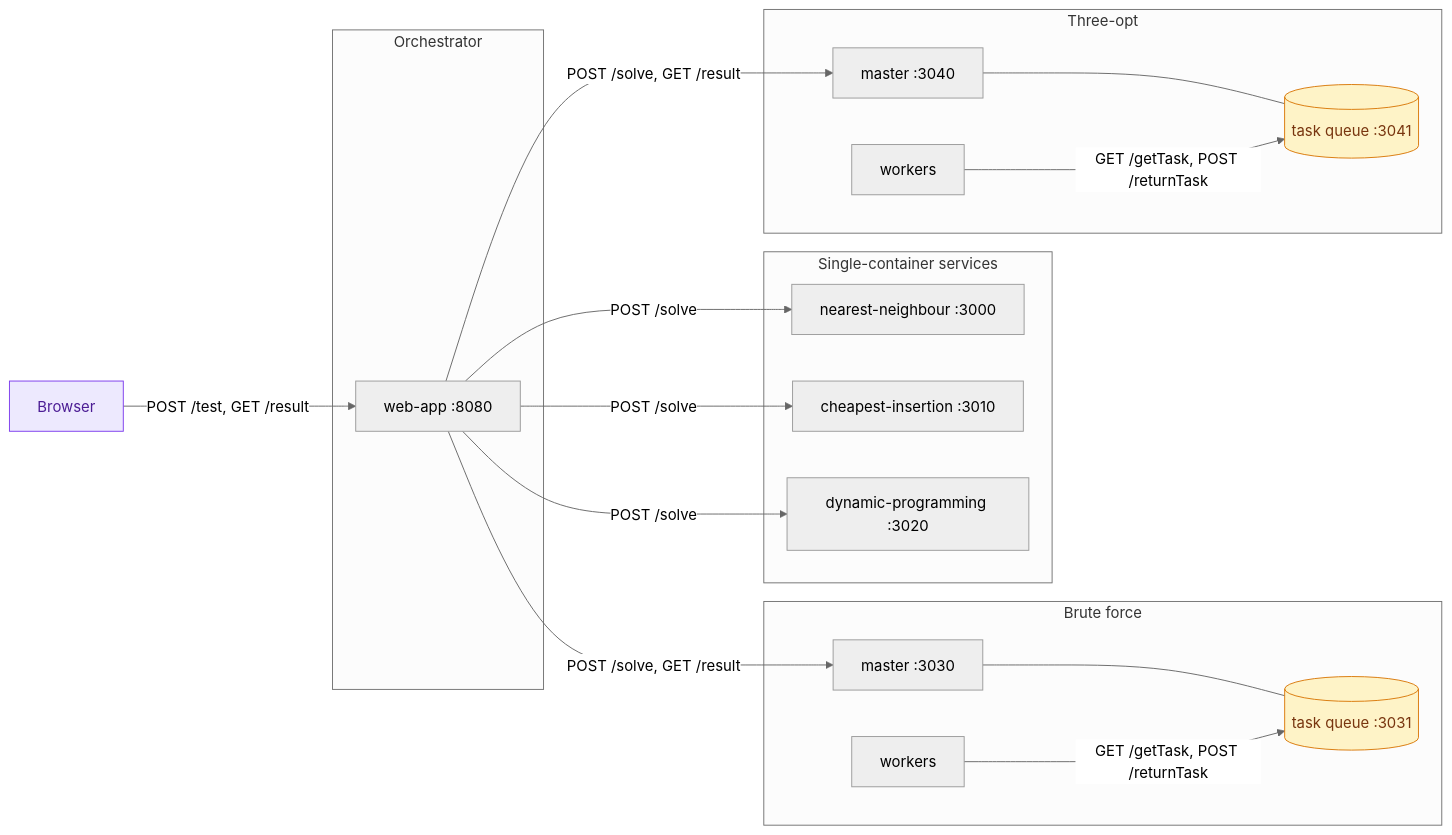
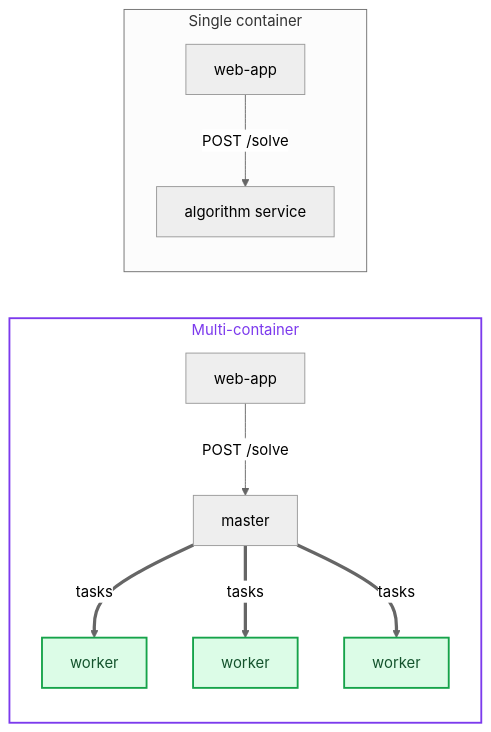
The diagram in README.md (jadamsx/containerised-tsp), drawn with Mermaid (neutral theme) before and after one commit. The commit also changed other lines of this file, not shown here.

Commit message:
docs: one diagram for single vs multi-container

````diff
--- a/README.md
+++ b/README.md
@@ -15,40 +15,14 @@
 ```mermaid
 flowchart LR
-  browser["Browser"]:::external
-
-  subgraph orchestrator["Orchestrator"]
-    web["web-app :8080"]
+  subgraph multi["Multi-container"]
+    B["web-app"] -->|"POST /solve"| M["master"]
+    M ==>|"tasks"| W1["worker"]:::new
+    M ==>|"tasks"| W2["worker"]:::new
+    M ==>|"tasks"| W3["worker"]:::new
   end
-
-  subgraph single["Single-container services"]
-    nn["nearest-neighbour :3000"]
-    ci["cheapest-insertion :3010"]
-    dp["dynamic-programming :3020"]
+  subgraph single["Single container"]
+    A["web-app"] -->|"POST /solve"| S["algorithm service"]
   end
-
-  subgraph bf["Brute force"]
-    bfm["master :3030"]
-    bfq[("task queue :3031")]:::store
-    bfw["workers"]
-  end
-
-  subgraph to["Three-opt"]
-    tom["master :3040"]
-    toq[("task queue :3041")]:::store
-    tow["workers"]
-  end
-
-  browser -->|"POST /test, GET /result"| web
-  web -->|"POST /solve"| nn
-  web -->|"POST /solve"| ci
-  web -->|"POST /solve"| dp
-  web -->|"POST /solve, GET /result"| bfm
-  web -->|"POST /solve, GET /result"| tom
-  bfm --- bfq
-  tom --- toq
-  bfw -->|"GET /getTask, POST /returnTask"| bfq
-  tow -->|"GET /getTask, POST /returnTask"| toq
-
-  classDef store    fill:#fef3c7,stroke:#d97706,color:#78350f
-  classDef external fill:#ede9fe,stroke:#7c3aed,color:#4c1d95
+  style multi fill:none,stroke:#7c3aed,stroke-width:2px,color:#7c3aed
+  classDef new fill:#dcfce7,stroke:#16a34a,stroke-width:2px,color:#14532d
 ```
````
